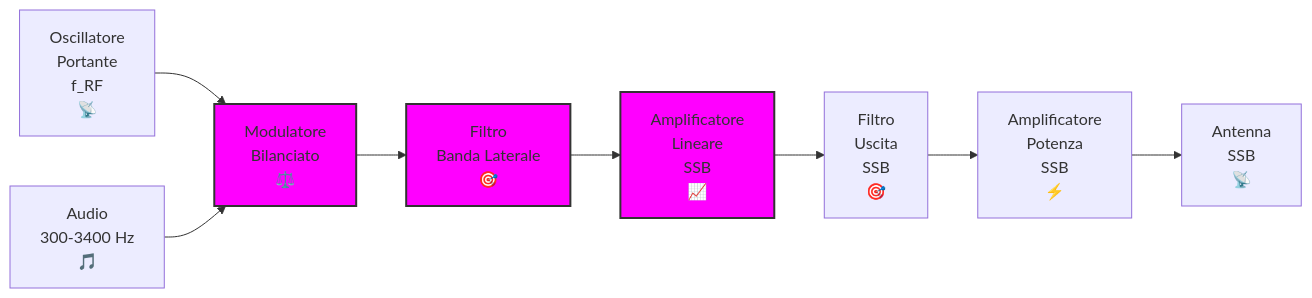
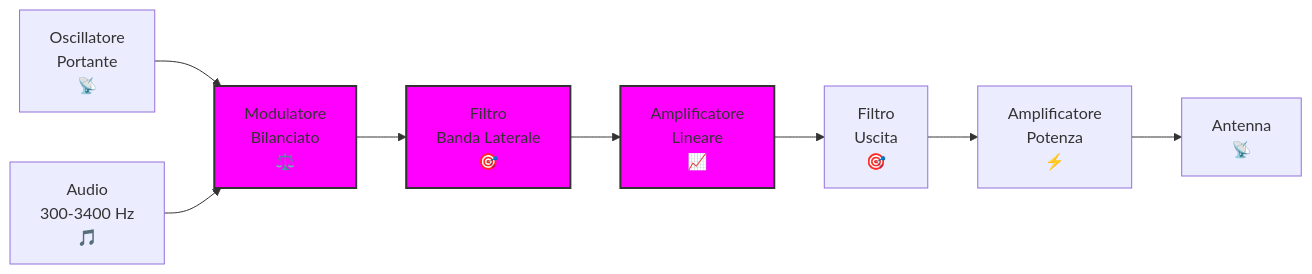
The third of 4 diagrams in 05_Trasmettitori/5.2_Schemi_a_blocchi.md (EliaTolin/esame-radioamatori), drawn with Mermaid before and after one commit. The commit also changed other lines of this file and 1 other file, not shown here.

First line of the commit message:
Improve block diagrams: clean labels and add detailed descriptions

````diff
--- a/05_Trasmettitori/5.2_Schemi_a_blocchi.md
+++ b/05_Trasmettitori/5.2_Schemi_a_blocchi.md
@@ -72,12 +82,12 @@
 ```mermaid
 graph LR;
-    OscillatoreSSB["Oscillatore<br>Portante<br>f_RF<br>📡"] --> ModulatoreBilanciato["Modulatore<br>Bilanciato<br>⚖️"];
+    OscillatoreSSB["Oscillatore<br>Portante<br>📡"] --> ModulatoreBilanciato["Modulatore<br>Bilanciato<br>⚖️"];
     SorgenteAudioSSB["Audio<br>300-3400 Hz<br>🎵"] --> ModulatoreBilanciato;
     ModulatoreBilanciato --> FiltroLaterale["Filtro<br>Banda Laterale<br>🎯"];
-    FiltroLaterale --> AmplificatoreLineareSSB["Amplificatore<br>Lineare<br>SSB<br>📈"];
-    AmplificatoreLineareSSB --> FiltroUscitaSSB["Filtro<br>Uscita<br>SSB<br>🎯"];
-    FiltroUscitaSSB --> AmplificatorePotenzaSSB["Amplificatore<br>Potenza<br>SSB<br>⚡"];
-    AmplificatorePotenzaSSB --> AntennaSSB["Antenna<br>SSB<br>📡"];
+    FiltroLaterale --> AmplificatoreLineareSSB["Amplificatore<br>Lineare<br>📈"];
+    AmplificatoreLineareSSB --> FiltroUscitaSSB["Filtro<br>Uscita<br>🎯"];
+    FiltroUscitaSSB --> AmplificatorePotenzaSSB["Amplificatore<br>Potenza<br>⚡"];
+    AmplificatorePotenzaSSB --> AntennaSSB["Antenna<br>📡"];
     classDef ssb fill:#f0f,stroke:#333,stroke-width:2px;
     class ModulatoreBilanciato,FiltroLaterale,AmplificatoreLineareSSB ssb;
 ```
````
